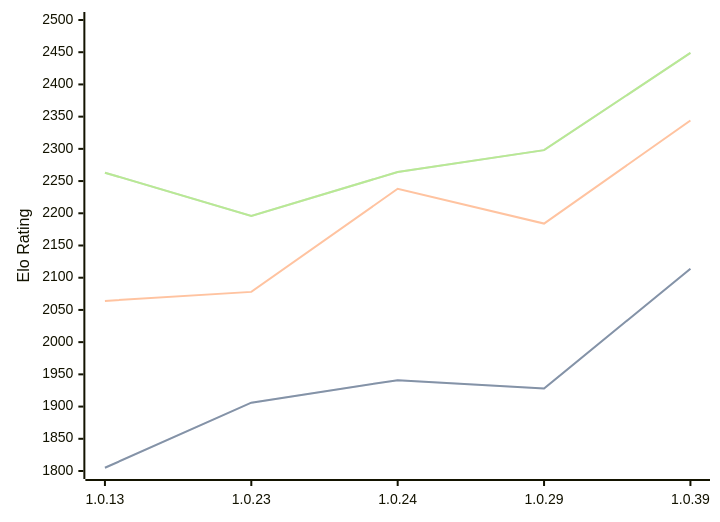
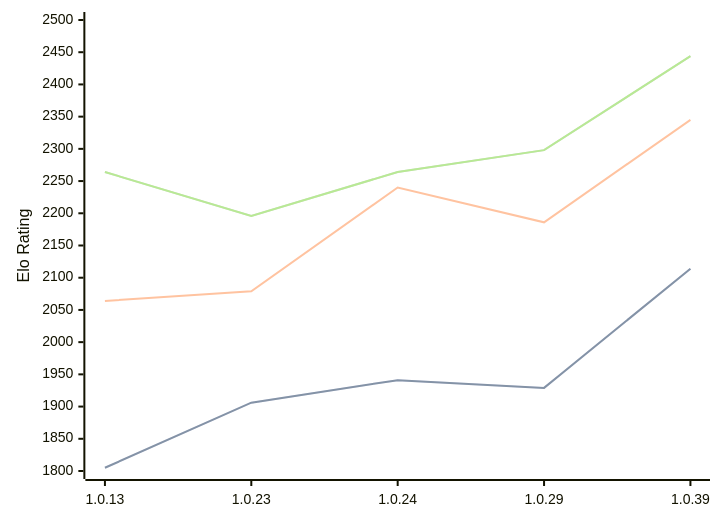
Before and after one commit to computer-chess-index/cci: the diagram in engines/RustyRival.md, drawn with Mermaid. The commit also changed other lines of this file, not shown here.

Commit message:
Update CCI Ratings (ELO VLTC) - 2026-04-09

````diff
--- a/engines/RustyRival.md
+++ b/engines/RustyRival.md
@@ -66,11 +66,11 @@
 ```mermaid
 %%{init: {"theme":"base","themeVariables":{"seriesColors:['#a3a3a3','#222221','#faa371']}}}%%
 xychart-beta
   x-axis ["1.0.13", "1.0.23", "1.0.24", "1.0.29", "1.0.39"]
   y-axis "Elo Rating" 1800 --> 2500
-  line "STC (8.0+0.08s)" [1805, 1906, 1941, 1928, 2114]
-  line "STC (8.0+0.08s)" [1805, 1906, 1941, 1928, 2114]
-  line "LTC (60.0+0.60s)" [2064, 2078, 2238, 2184, 2344]
-  line "VLTC (2m24s+1.12s)" [2263, 2196, 2264, 2298, 2449]
-  line "VLTC (2m24s+1.12s)" [2263, 2196, 2264, 2298, 2449]
+  line "STC (8.0+0.08s)" [1805, 1906, 1941, 1929, 2114]
+  line "STC (8.0+0.08s)" [1805, 1906, 1941, 1929, 2114]
+  line "LTC (60.0+0.60s)" [2064, 2079, 2240, 2186, 2345]
+  line "VLTC (2m24s+1.12s)" [2264, 2196, 2264, 2298, 2444]
+  line "VLTC (2m24s+1.12s)" [2264, 2196, 2264, 2298, 2444]
 ```
````
